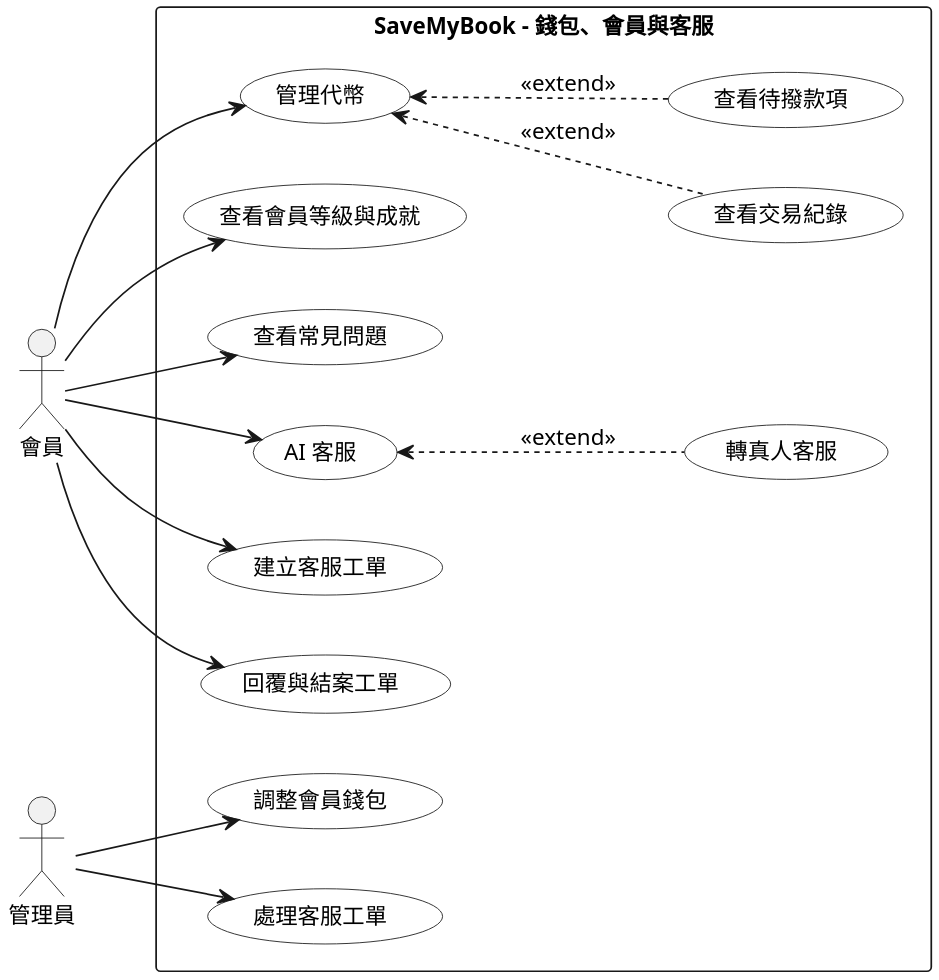
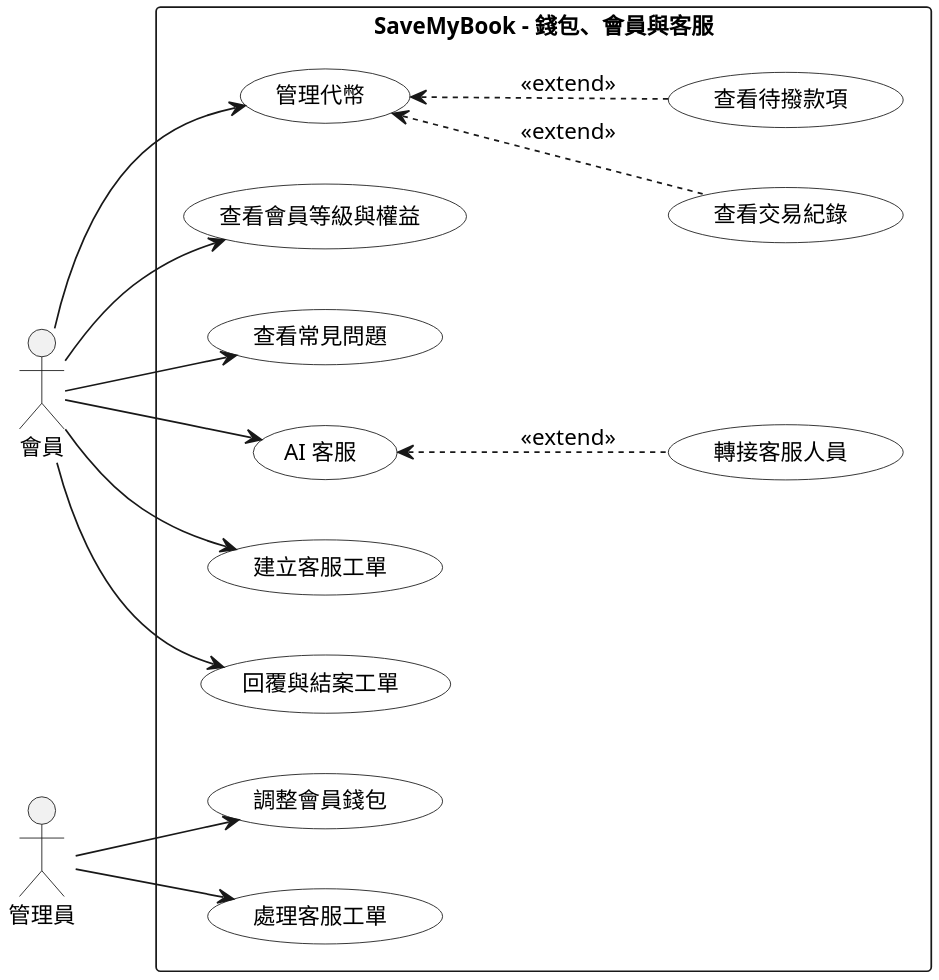
The diagram in Diagrams/Use Case/v3/uc_wallet_support.puml (SaveMyBook/SaveMyBook), drawn with PlantUML before and after one commit. The commit also changed 288 other files, not shown here.

```diff
--- a/Diagrams/Use Case/v3/uc_wallet_support.puml
+++ b/Diagrams/Use Case/v3/uc_wallet_support.puml
@@ -1,40 +1,40 @@
 @startuml
 skinparam monochrome true
 skinparam shadowing false
 skinparam dpi 220
 skinparam defaultFontName "PingFang TC"
 skinparam defaultFontSize 13
 skinparam usecase {
   BackgroundColor white
 }
 left to right direction
 
 actor 會員
 actor 管理員
 
 rectangle "SaveMyBook - 錢包、會員與客服" {
   usecase "管理代幣" as wallet
   usecase "查看交易紀錄" as txn
   usecase "查看待撥款項" as pending
-  usecase "查看會員等級與成就" as level
+  usecase "查看會員等級與權益" as level
   usecase "查看常見問題" as faq
   usecase "AI 客服" as aisupport
-  usecase "轉真人客服" as handoff
+  usecase "轉接客服人員" as handoff
   usecase "建立客服工單" as ticket
   usecase "回覆與結案工單" as reply
   usecase "調整會員錢包" as adjust
   usecase "處理客服工單" as handle
 }
 
 會員 --> wallet
 wallet <.. txn : <<extend>>
 wallet <.. pending : <<extend>>
 會員 --> level
 會員 --> faq
 會員 --> aisupport
 會員 --> ticket
 會員 --> reply
 aisupport <.. handoff : <<extend>>
 管理員 --> adjust
 管理員 --> handle
 @enduml
```
